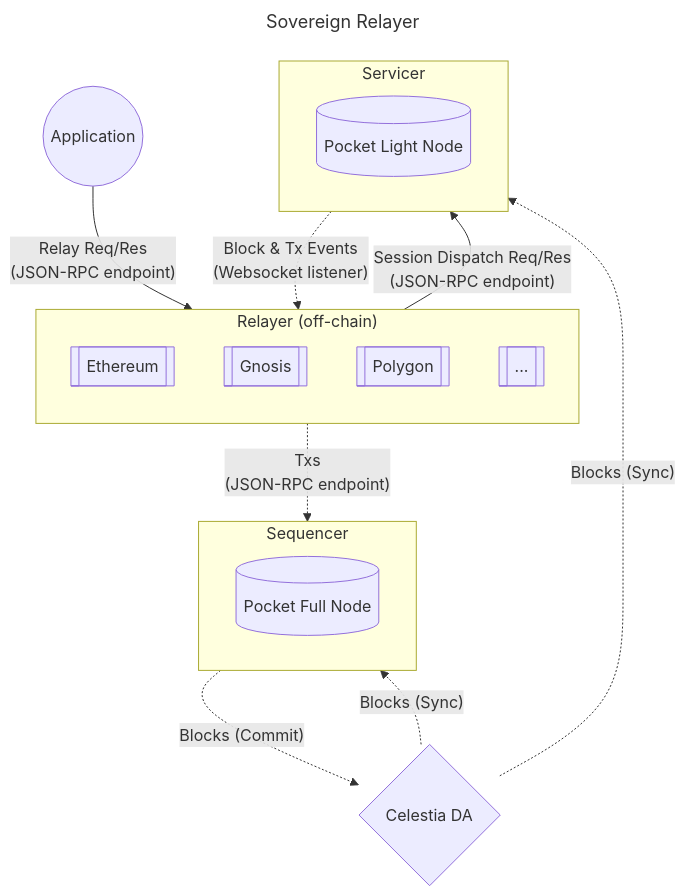
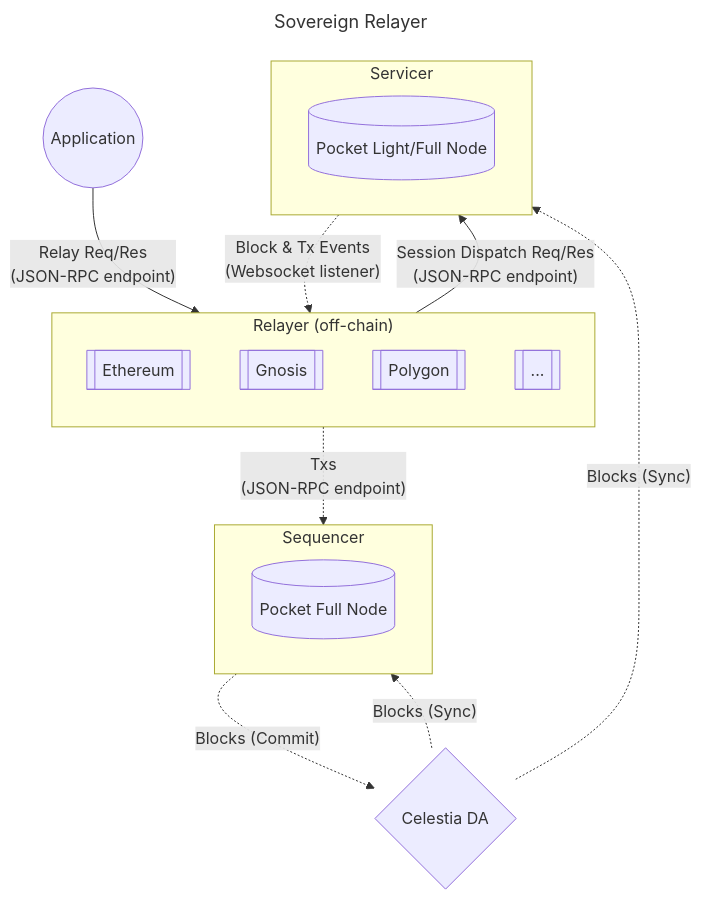
The first of 2 diagrams in docs/nodes.md (pokt-network/poktroll-alpha), drawn with Mermaid before and after one commit. The commit also changed 2 other files, not shown here.

Commit message:
Follow up on review comments

````diff
--- a/docs/nodes.md
+++ b/docs/nodes.md
@@ -23,30 +23,29 @@
 ```mermaid
 ---
 title: Sovereign Relayer
 ---
 flowchart TB
     a(("Application"))
     subgraph ps["Sequencer"]
         %% Can this be a light client
         pl1[("Pocket Full Node")]
     end
     subgraph r["Relayer (off-chain)"]
         direction TB
         eth[["Ethereum"]]
         gn[["Gnosis"]]
         pg[["Polygon"]]
         etc[["..."]]
     end
-    %%  (can easily migrate to sequencers)
     subgraph s["Servicer"]
-        pl2[("Pocket Light Node")]
+        pl2[("Pocket Light/Full Node")]
     end
     c{"Celestia DA"}
     a -- Relay Req/Res \n (JSON-RPC endpoint) --> r
     s -. Block & Tx Events \n (Websocket listener).-> r
     r -- Session Dispatch Req/Res \n (JSON-RPC endpoint)--> s
     r -. Txs \n (JSON-RPC endpoint).-> ps
     ps -. Blocks (Commit) .->c
     c -. Blocks (Sync) .-> ps
     c -. Blocks (Sync).-> s
 ```
````
